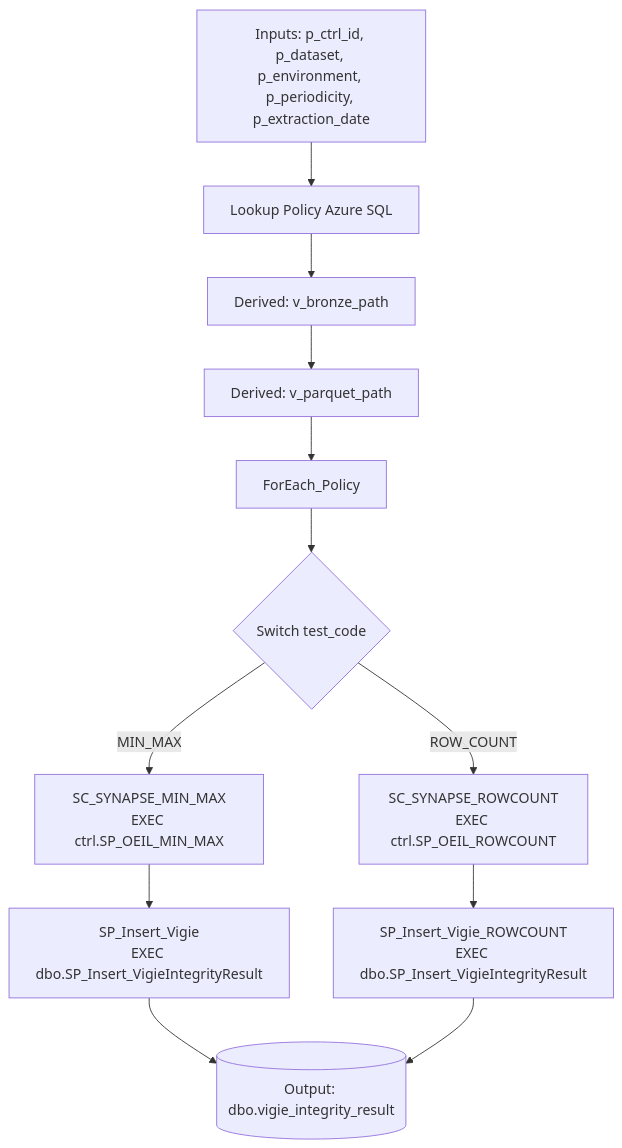
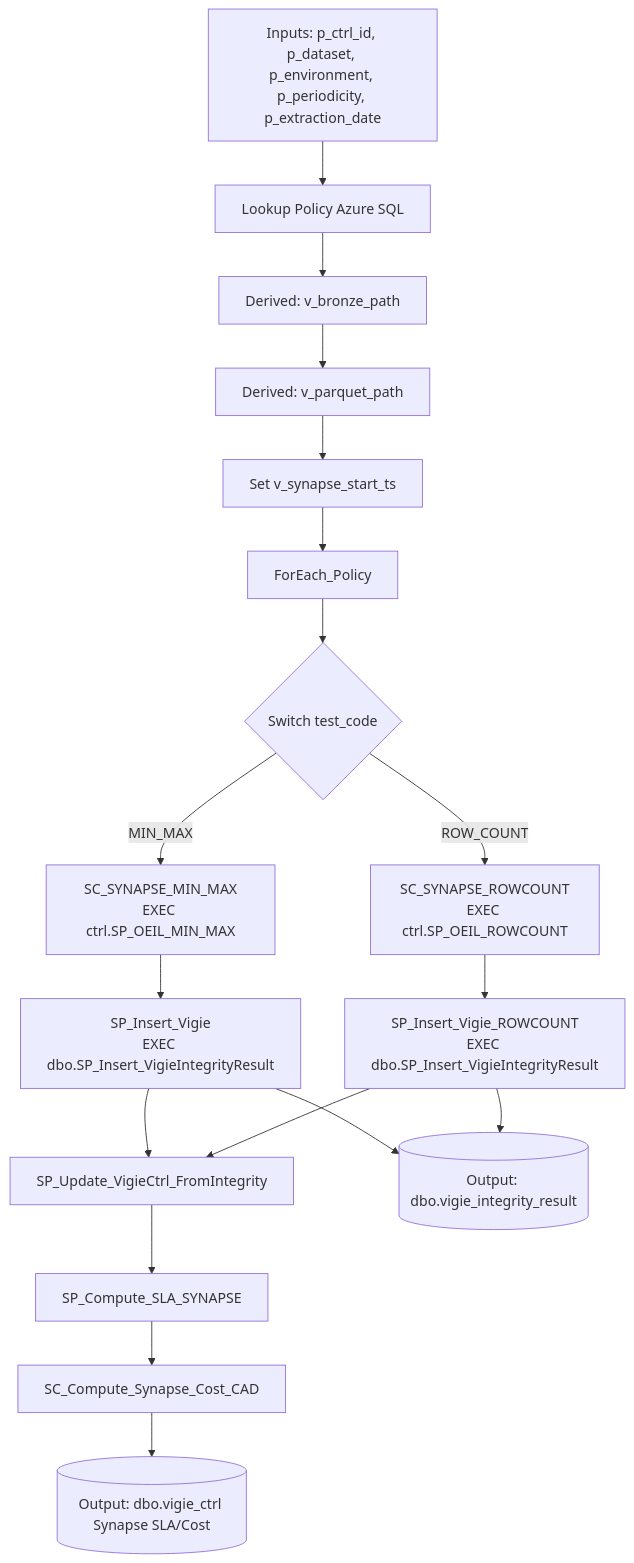
One commit to lawiz22/OeilTest changed the first of 2 diagrams in docs/technical_reference/adf_pipelines.md. Above: the diagram before and after it, drawn with Mermaid. The commit also changed other lines of this file and 6 other files, not shown here.

First line of the commit message:
Remove deprecated Synapse counting pipeline and update architecture documentation

````diff
--- a/docs/technical_reference/adf_pipelines.md
+++ b/docs/technical_reference/adf_pipelines.md
@@ -128,17 +137,24 @@
 ```mermaid
 flowchart TD
 		A[Inputs: p_ctrl_id, p_dataset, p_environment, p_periodicity, p_extraction_date] --> B[Lookup Policy Azure SQL]
 		B --> C[Derived: v_bronze_path]
 		C --> D[Derived: v_parquet_path]
-		D --> E[ForEach_Policy]
-		E --> F{Switch test_code}
+		D --> E[Set v_synapse_start_ts]
+		E --> F[ForEach_Policy]
+		F --> G{Switch test_code}
 
-		F -->|MIN_MAX| G[SC_SYNAPSE_MIN_MAX\nEXEC ctrl.SP_OEIL_MIN_MAX]
-		G --> H[SP_Insert_Vigie\nEXEC dbo.SP_Insert_VigieIntegrityResult]
+		G -->|MIN_MAX| H[SC_SYNAPSE_MIN_MAX\nEXEC ctrl.SP_OEIL_MIN_MAX]
+		H --> I[SP_Insert_Vigie\nEXEC dbo.SP_Insert_VigieIntegrityResult]
 
-		F -->|ROW_COUNT| I[SC_SYNAPSE_ROWCOUNT\nEXEC ctrl.SP_OEIL_ROWCOUNT]
-		I --> J[SP_Insert_Vigie_ROWCOUNT\nEXEC dbo.SP_Insert_VigieIntegrityResult]
+		G -->|ROW_COUNT| J[SC_SYNAPSE_ROWCOUNT\nEXEC ctrl.SP_OEIL_ROWCOUNT]
+		J --> K[SP_Insert_Vigie_ROWCOUNT\nEXEC dbo.SP_Insert_VigieIntegrityResult]
 
-		H --> K[(Output: dbo.vigie_integrity_result)]
-		J --> K
+		I --> L[SP_Update_VigieCtrl_FromIntegrity]
+		K --> L
+		L --> M[SP_Compute_SLA_SYNAPSE]
+		M --> N[SC_Compute_Synapse_Cost_CAD]
+
+		N --> O[(Output: dbo.vigie_ctrl Synapse SLA/Cost)]
+		I --> P[(Output: dbo.vigie_integrity_result)]
+		K --> P
 ```
````
